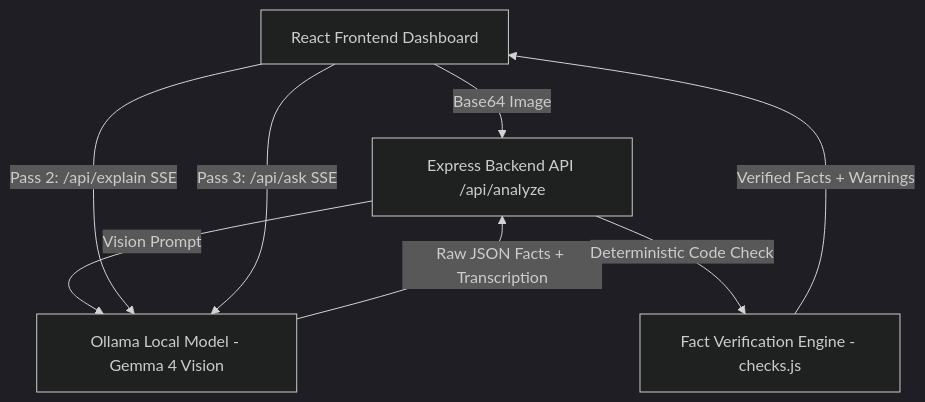
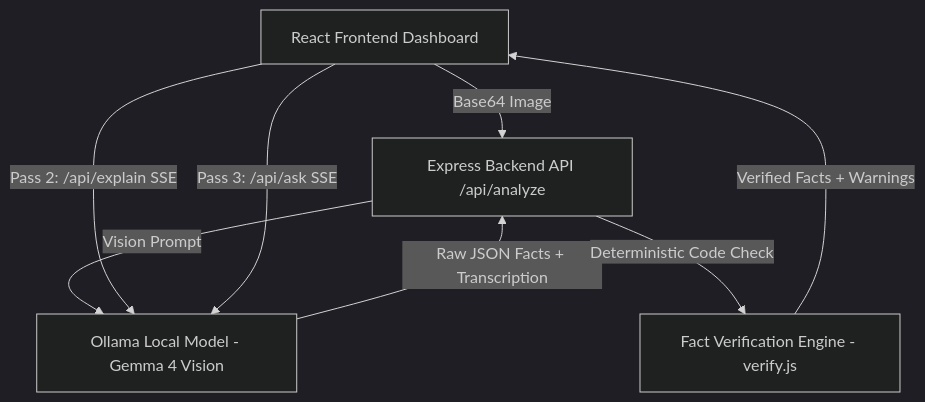
Before and after one commit to hari2k7/DocSaathi: the diagram in README.md, drawn with Mermaid (dark theme). The commit also changed other lines of this file and 2 other files, not shown here.

````diff
--- a/README.md
+++ b/README.md
@@ -45,10 +45,10 @@
 ```mermaid
 graph TD
     A[React Frontend Dashboard] -->|Base64 Image| B[Express Backend API /api/analyze]
     B -->|Vision Prompt| C[Ollama Local Model - Gemma 4 Vision]
     C -->|Raw JSON Facts + Transcription| B
-    B -->|Deterministic Code Check| D[Fact Verification Engine - checks.js]
+    B -->|Deterministic Code Check| D[Fact Verification Engine - verify.js]
     D -->|Verified Facts + Warnings| A
     A -->|Pass 2: /api/explain SSE| C
     A -->|Pass 3: /api/ask SSE| C
 ```
````
